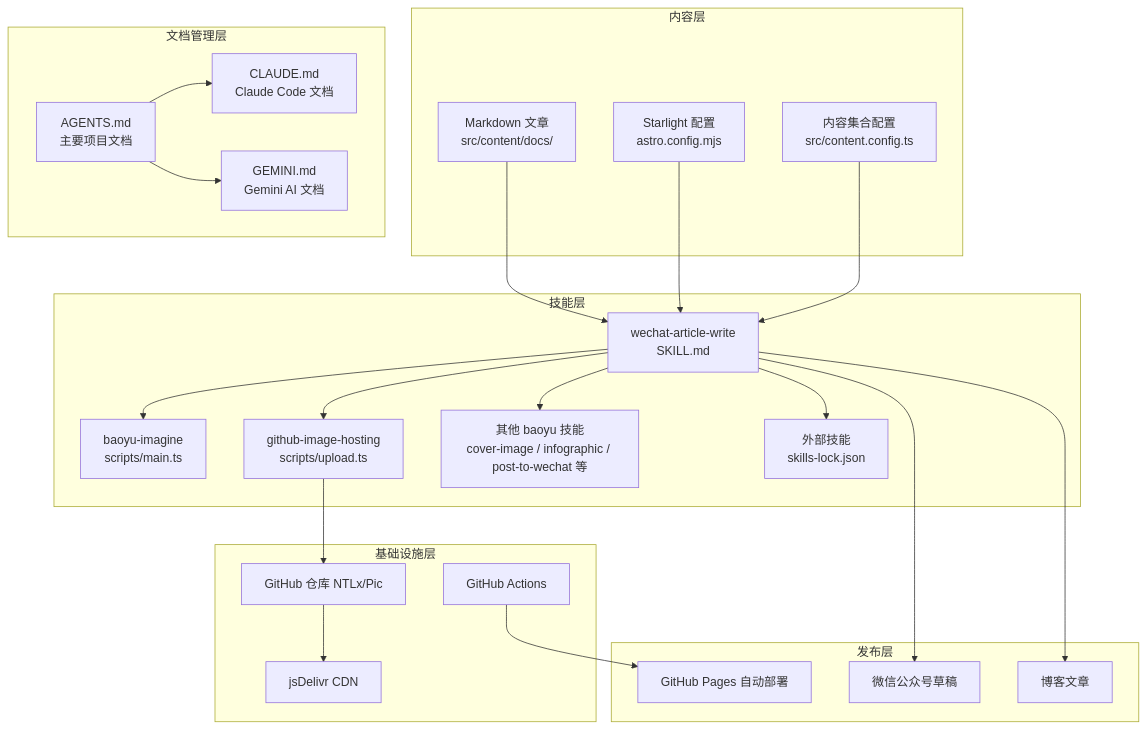
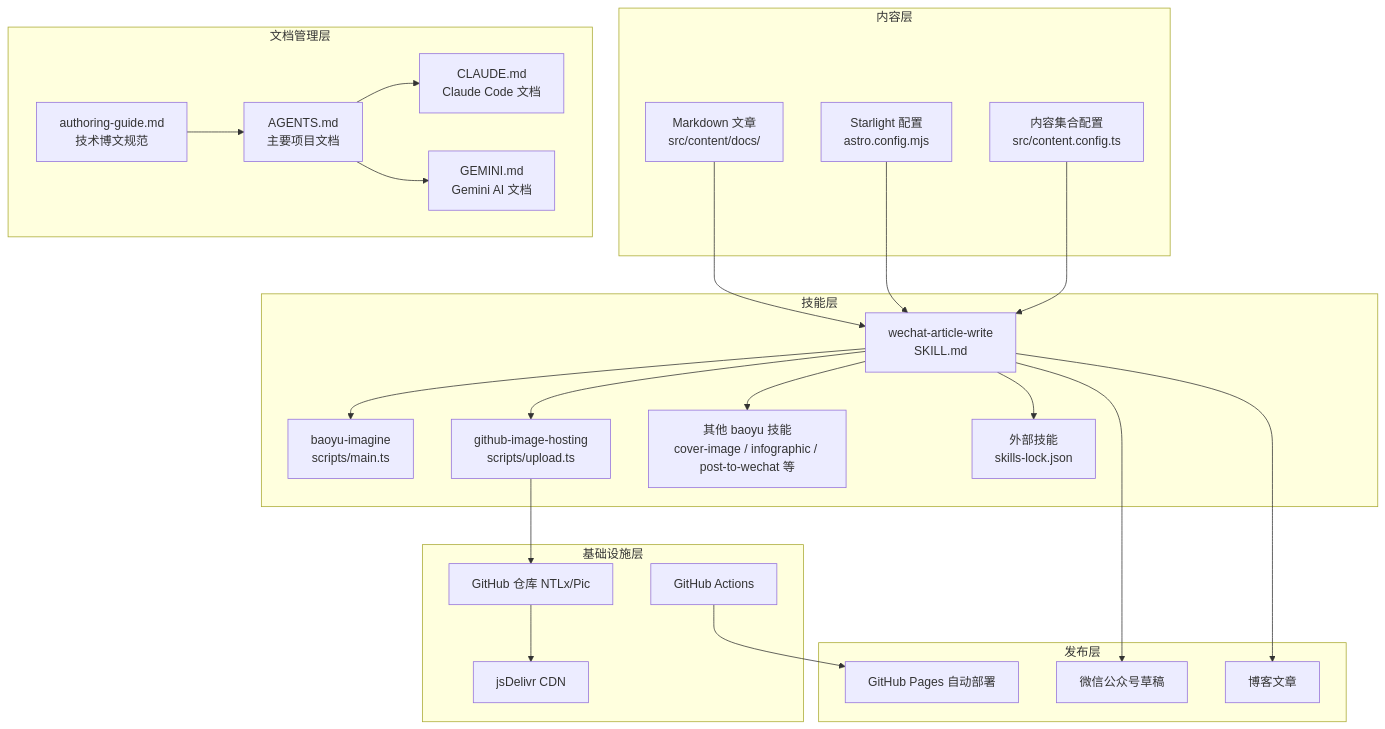
Before and after one commit to NTLx/ntlx.github.io: the second of 7 diagrams in .qoder/repowiki/zh/content/项目概述.md, drawn with Mermaid. The commit also changed other lines of this file and 8 other files, not shown here.

````diff
--- a/.qoder/repowiki/zh/content/项目概述.md
+++ b/.qoder/repowiki/zh/content/项目概述.md
@@ -152,44 +160,46 @@
 ```mermaid
 graph TB
 subgraph "内容层"
 C1["Markdown 文章<br/>src/content/docs/"]
 C2["Starlight 配置<br/>astro.config.mjs"]
 C3["内容集合配置<br/>src/content.config.ts"]
 end
 subgraph "技能层"
 S1["wechat-article-write<br/>SKILL.md"]
 S2["baoyu-imagine<br/>scripts/main.ts"]
 S3["github-image-hosting<br/>scripts/upload.ts"]
 S4["其他 baoyu 技能<br/>cover-image / infographic / post-to-wechat 等"]
 S5["外部技能<br/>skills-lock.json"]
 end
 subgraph "发布层"
 P1["GitHub Pages 自动部署"]
 P2["微信公众号草稿"]
 P3["博客文章"]
 end
 subgraph "基础设施层"
 I1["GitHub Actions"]
 I2["jsDelivr CDN"]
 I3["GitHub 仓库 NTLx/Pic"]
 end
 subgraph "文档管理层"
 D1["AGENTS.md<br/>主要项目文档"]
 D2["CLAUDE.md<br/>Claude Code 文档"]
 D3["GEMINI.md<br/>Gemini AI 文档"]
+D4["authoring-guide.md<br/>技术博文规范"]
 end
 C1 --> S1
 C2 --> S1
 C3 --> S1
 S1 --> S2
 S1 --> S3
 S1 --> S4
 S1 --> S5
 S3 --> I3
 I3 --> I2
 S1 --> P2
 S1 --> P3
 I1 --> P1
 D1 --> D2
 D1 --> D3
+D4 --> D1
 ```
````
